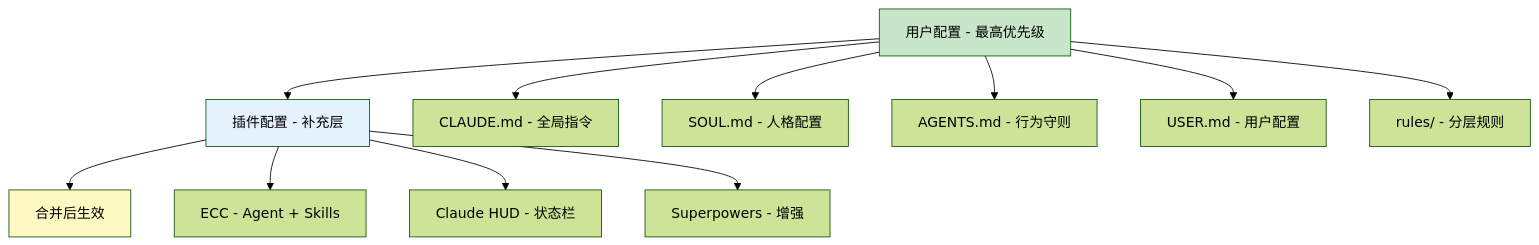
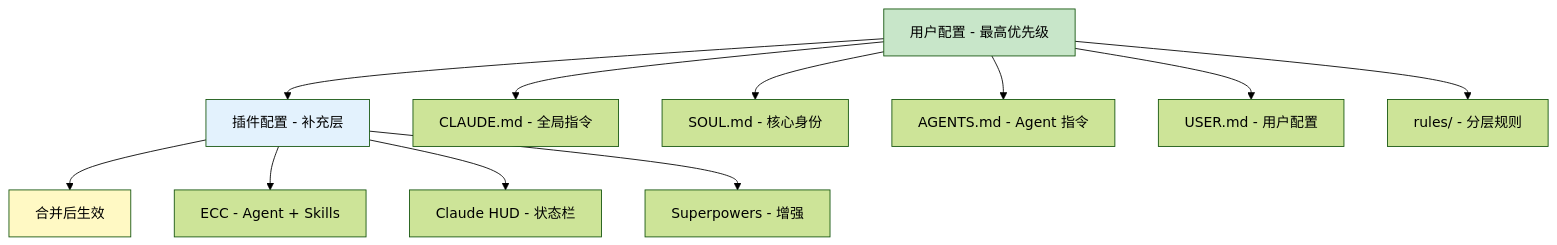
One commit to shuai-yemao/shuai-yemao-chip changed the sixth of 7 diagrams in README.md. Above: the diagram before and after it, drawn with Mermaid (forest theme). The commit also changed other lines of this file, not shown here.

````diff
--- a/README.md
+++ b/README.md
@@ -208,19 +204,19 @@
 ```mermaid
 graph TB
     A[用户配置 - 最高优先级] --> B[插件配置 - 补充层]
     B --> C[合并后生效]
 
     A --> A1[CLAUDE.md - 全局指令]
-    A --> A2[SOUL.md - 人格配置]
-    A --> A3[AGENTS.md - 行为守则]
+    A --> A2[SOUL.md - 核心身份]
+    A --> A3[AGENTS.md - Agent 指令]
     A --> A4[USER.md - 用户配置]
     A --> A5[rules/ - 分层规则]
 
     B --> B1[ECC - Agent + Skills]
     B --> B2[Claude HUD - 状态栏]
     B --> B3[Superpowers - 增强]
 
     style A fill:#c8e6c9
     style B fill:#e3f2fd
     style C fill:#fff9c4
 ```
````
